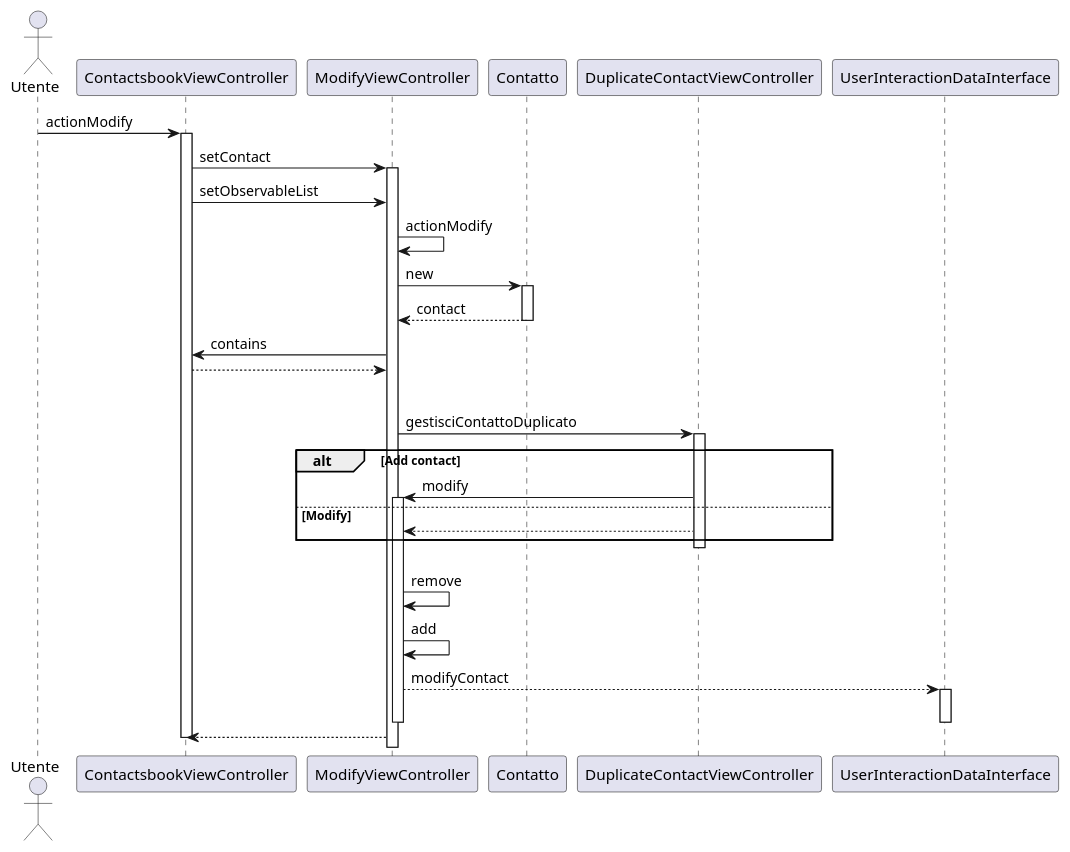
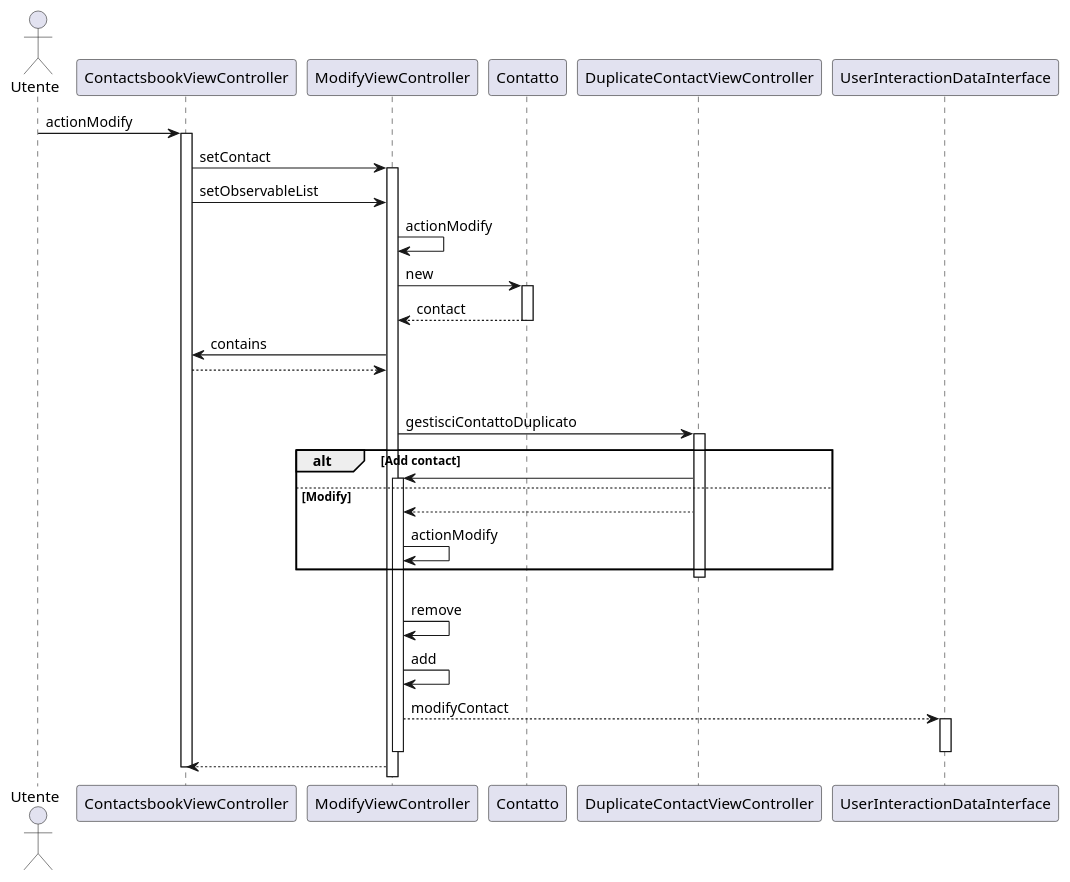
The diagram in src/main/resources/SequenceDiagrams/SequenceDiagram_actionModify.puml (CupoMeridio/Ingegneria-del-software-2024-2025), drawn with PlantUML before and after one commit.

Commit message:
modifiche a sequencediagram actionModify

```diff
--- a/src/main/resources/SequenceDiagrams/SequenceDiagram_actionModify.puml
+++ b/src/main/resources/SequenceDiagrams/SequenceDiagram_actionModify.puml
@@ -1,41 +1,42 @@
 @startuml
 actor Utente
 participant ContactsbookViewController
 participant ModifyViewController
 participant "Contatto" as Contact
 participant DuplicateContactViewController
 participant UserInteractionDataInterface
 
 
 Utente -> ContactsbookViewController: actionModify
 activate ContactsbookViewController
 ContactsbookViewController->ModifyViewController: setContact
 activate ModifyViewController
 ContactsbookViewController->ModifyViewController: setObservableList
 ModifyViewController -> ModifyViewController: actionModify
 ModifyViewController->Contact: new
 activate Contact
 Contact-->ModifyViewController: contact
 deactivate Contact
 ModifyViewController->ContactsbookViewController: contains
 ContactsbookViewController-->ModifyViewController
 alt Contatto duplicato
     ModifyViewController -> DuplicateContactViewController: gestisciContattoDuplicato
     activate DuplicateContactViewController
     alt Add contact
-        DuplicateContactViewController->ModifyViewController: modify
+        DuplicateContactViewController->ModifyViewController
     activate ModifyViewController
     else Modify
         DuplicateContactViewController-->ModifyViewController
+        ModifyViewController->ModifyViewController:actionModify
     end
     deactivate DuplicateContactViewController 
 else Contatto non duplicato
 ModifyViewController->ModifyViewController: remove
 ModifyViewController->ModifyViewController: add
 ModifyViewController-->UserInteractionDataInterface: modifyContact
 activate UserInteractionDataInterface
 deactivate ModifyViewController
 deactivate UserInteractionDataInterface
 ModifyViewController-->ContactsbookViewController
 deactivate ContactsbookViewController
 @enduml 
```
